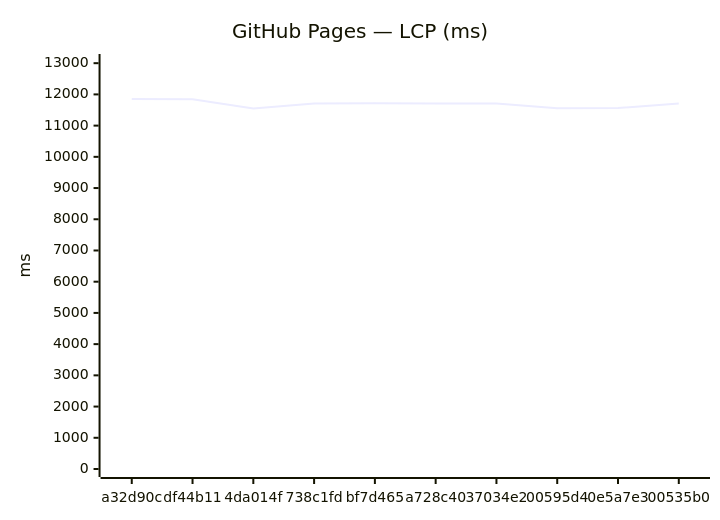
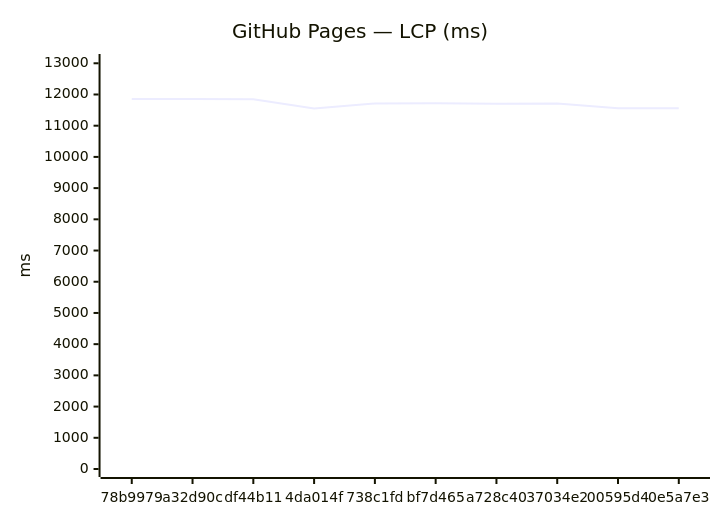
One commit to Metaheurist/Rianell changed the third of 24 diagrams in benchmarks/compare.md. Above: the diagram before and after it, drawn with Mermaid. The commit also changed other lines of this file and 12 other files, not shown here.

````diff
--- a/benchmarks/compare.md
+++ b/benchmarks/compare.md
@@ -54,7 +54,7 @@
 ```mermaid
 xychart-beta
     title "GitHub Pages — LCP (ms)"
-    x-axis ["a32d90c", "df44b11", "4da014f", "738c1fd", "bf7d465", "a728c40", "37034e2", "00595d4", "0e5a7e3", "00535b0"]
-    y-axis "ms" 0 --> 13038
-    line [11852, 11847, 11548, 11710, 11718, 11707, 11710, 11560, 11561, 11705]
+    x-axis ["78b9979", "a32d90c", "df44b11", "4da014f", "738c1fd", "bf7d465", "a728c40", "37034e2", "00595d4", "0e5a7e3"]
+    y-axis "ms" 0 --> 13041
+    line [11855, 11852, 11847, 11548, 11710, 11718, 11707, 11710, 11560, 11561]
 ```
````
